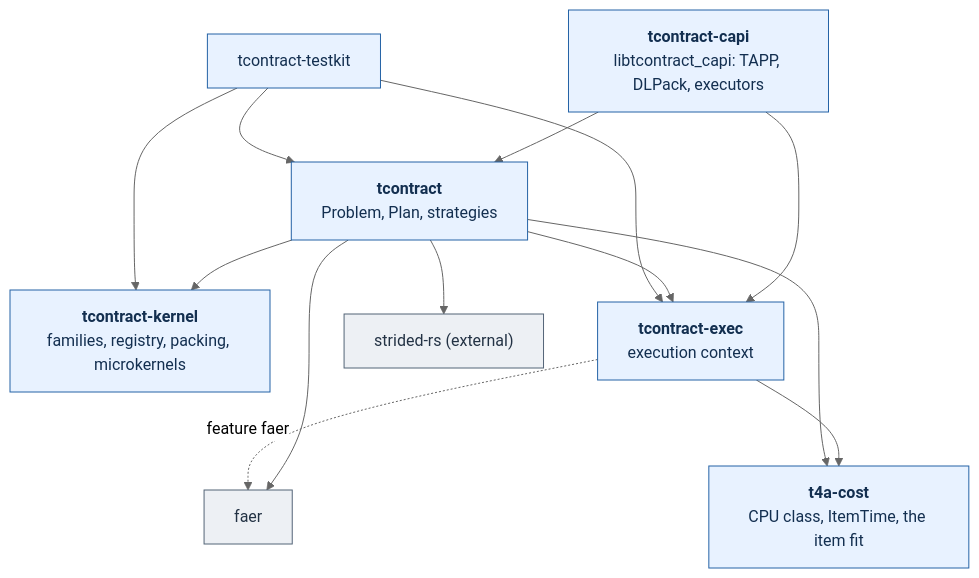
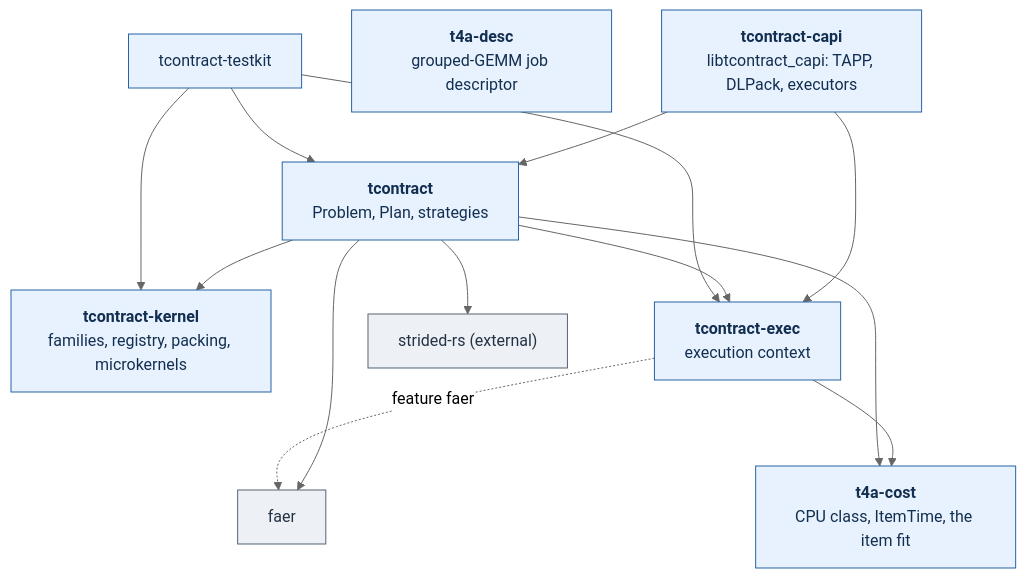
The diagram in README.md (tensor4all/tcontract-rs), drawn with Mermaid (neutral theme) before and after one commit. The commit also changed other lines of this file and 20 other files, not shown here.

First line of the commit message:
desc: add t4a-desc, the device-neutral grouped-GEMM job descriptor (#209) (#210)

````diff
--- a/README.md
+++ b/README.md
@@ -49,27 +53,28 @@
 ```mermaid
 flowchart TB
     CAPI["<b>tcontract-capi</b><br/>libtcontract_capi: TAPP, DLPack, executors"]
     CT["<b>tcontract</b><br/>Problem, Plan, strategies"]
     GK["<b>tcontract-kernel</b><br/>families, registry, packing, microkernels"]
     EX["<b>tcontract-exec</b><br/>execution context"]
     COST["<b>t4a-cost</b><br/>CPU class, ItemTime, the item fit"]
+    DESC["<b>t4a-desc</b><br/>grouped-GEMM job descriptor"]
     FA["faer"]
     ST["strided-rs (external)"]
     TK["tcontract-testkit"]
     CAPI --> CT
     CAPI --> EX
     CT --> GK
     CT --> EX
     CT --> FA
     EX -. "feature faer" .-> FA
     CT --> ST
     EX --> COST
     CT --> COST
     TK --> CT
     TK --> GK
     TK --> EX
     classDef own fill:#e8f2ff,stroke:#2563a6,color:#132f50
     classDef ext fill:#edf0f4,stroke:#536477,color:#233244
-    class CAPI,CT,GK,EX,TK,COST own
+    class CAPI,CT,GK,EX,TK,COST,DESC own
     class FA,ST ext
 ```
````
